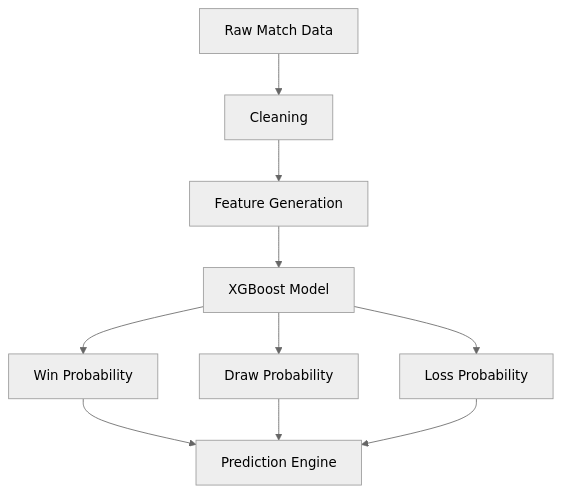
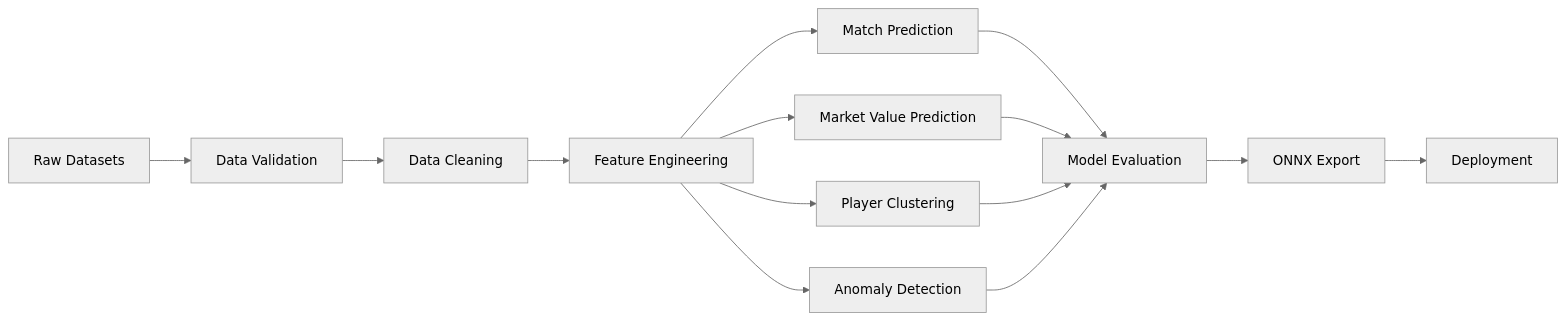
Before and after one commit to sai-ganesh-4539/StatVault: the first of 3 diagrams in README.md, drawn with Mermaid (neutral theme). The commit also changed other lines of this file, not shown here.

````diff
--- a/README.md
+++ b/README.md
@@ -31,21 +46,21 @@
 ```mermaid
-flowchart TD
+graph LR
 
-A[Raw Match Data]
+A[Raw Datasets] --> B[Data Validation]
+B --> C[Data Cleaning]
 
-A --> B[Cleaning]
+C --> D[Feature Engineering]
 
-B --> C[Feature Generation]
+D --> E[Match Prediction]
+D --> F[Market Value Prediction]
+D --> G[Player Clustering]
+D --> H[Anomaly Detection]
 
-C --> D[XGBoost Model]
+E --> I[Model Evaluation]
+F --> I
+G --> I
+H --> I
 
-D --> E[Win Probability]
-
-D --> F[Draw Probability]
-
-D --> G[Loss Probability]
-
-E --> H[Prediction Engine]
-F --> H
-G --> H
+I --> J[ONNX Export]
+J --> K[Deployment]
 ```
````
